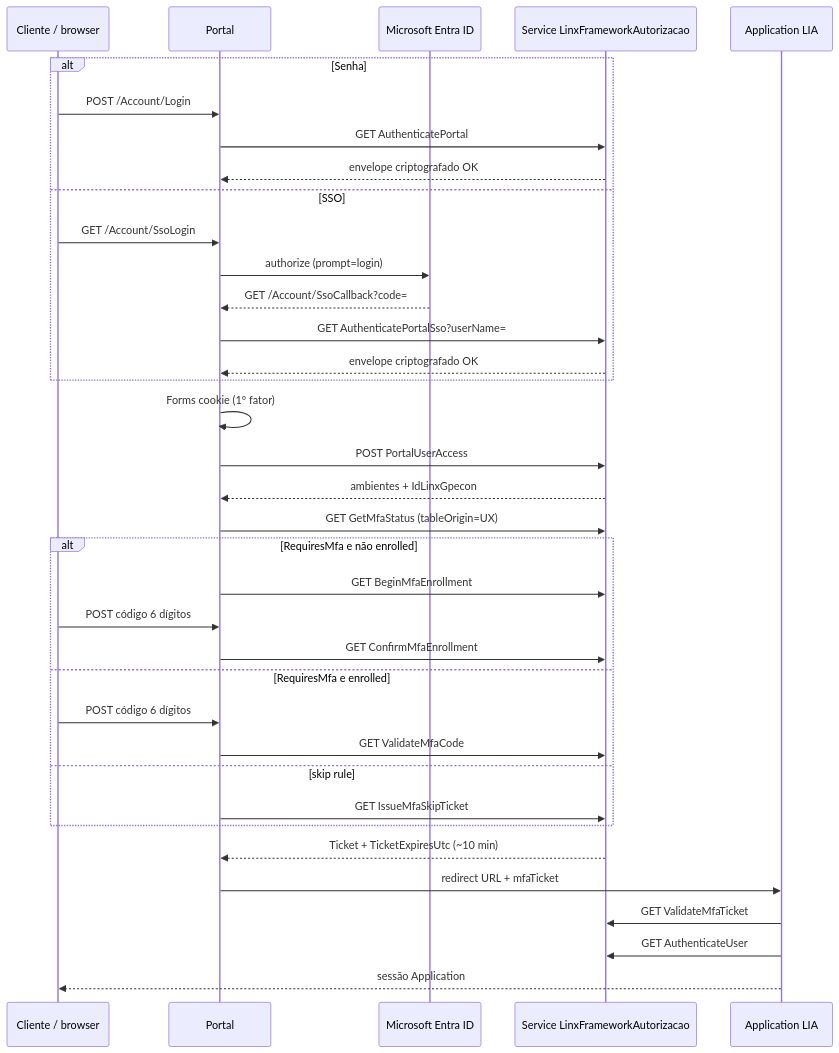
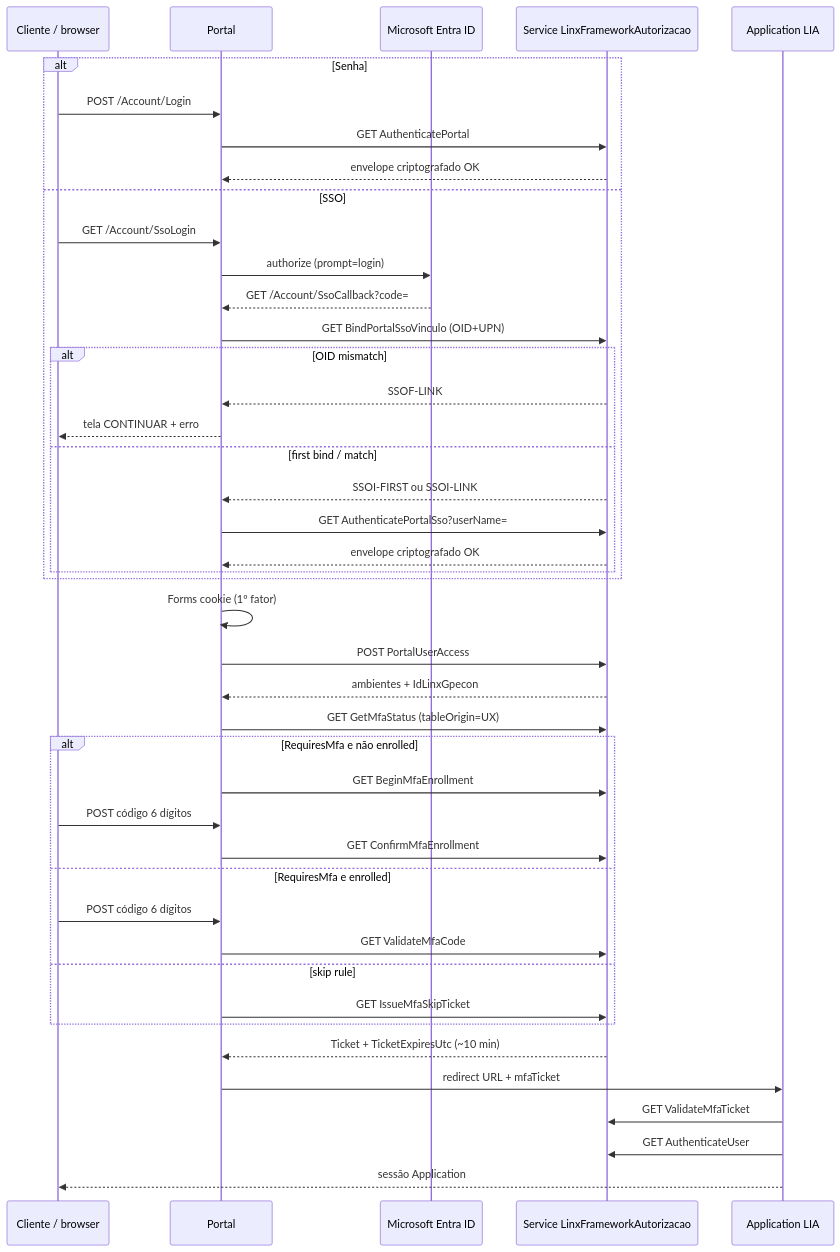
Before and after one commit to andrevilmo/linx-ux: the first of 2 diagrams in docs/login-mfa-sso-api.md, drawn with Mermaid. The commit also changed other lines of this file and 17 other files, not shown here.

First line of the commit message:
feat(sso): persist Azure vínculo, reject mismatch, Revogar SSO

````diff
--- a/docs/login-mfa-sso-api.md
+++ b/docs/login-mfa-sso-api.md
@@ -28,39 +30,46 @@
 ```mermaid
 sequenceDiagram
     participant C as Cliente / browser
     participant P as Portal
     participant AAD as Microsoft Entra ID
     participant S as Service LinxFrameworkAutorizacao
     participant App as Application LIA
 
     alt Senha
         C->>P: POST /Account/Login
         P->>S: GET AuthenticatePortal
         S-->>P: envelope criptografado OK
     else SSO
         C->>P: GET /Account/SsoLogin
         P->>AAD: authorize (prompt=login)
         AAD-->>P: GET /Account/SsoCallback?code=
-        P->>S: GET AuthenticatePortalSso?userName=
-        S-->>P: envelope criptografado OK
+        P->>S: GET BindPortalSsoVinculo (OID+UPN)
+        alt OID mismatch
+            S-->>P: SSOF-LINK
+            P-->>C: tela CONTINUAR + erro
+        else first bind / match
+            S-->>P: SSOI-FIRST ou SSOI-LINK
+            P->>S: GET AuthenticatePortalSso?userName=
+            S-->>P: envelope criptografado OK
+        end
     end
     P->>P: Forms cookie (1º fator)
     P->>S: POST PortalUserAccess
     S-->>P: ambientes + IdLinxGpecon
     P->>S: GET GetMfaStatus (tableOrigin=UX)
     alt RequiresMfa e não enrolled
         P->>S: GET BeginMfaEnrollment
         C->>P: POST código 6 dígitos
         P->>S: GET ConfirmMfaEnrollment
     else RequiresMfa e enrolled
         C->>P: POST código 6 dígitos
         P->>S: GET ValidateMfaCode
     else skip rule
         P->>S: GET IssueMfaSkipTicket
     end
     S-->>P: Ticket + TicketExpiresUtc (~10 min)
     P->>App: redirect URL + mfaTicket
     App->>S: GET ValidateMfaTicket
     App->>S: GET AuthenticateUser
     App-->>C: sessão Application
 ```
````
